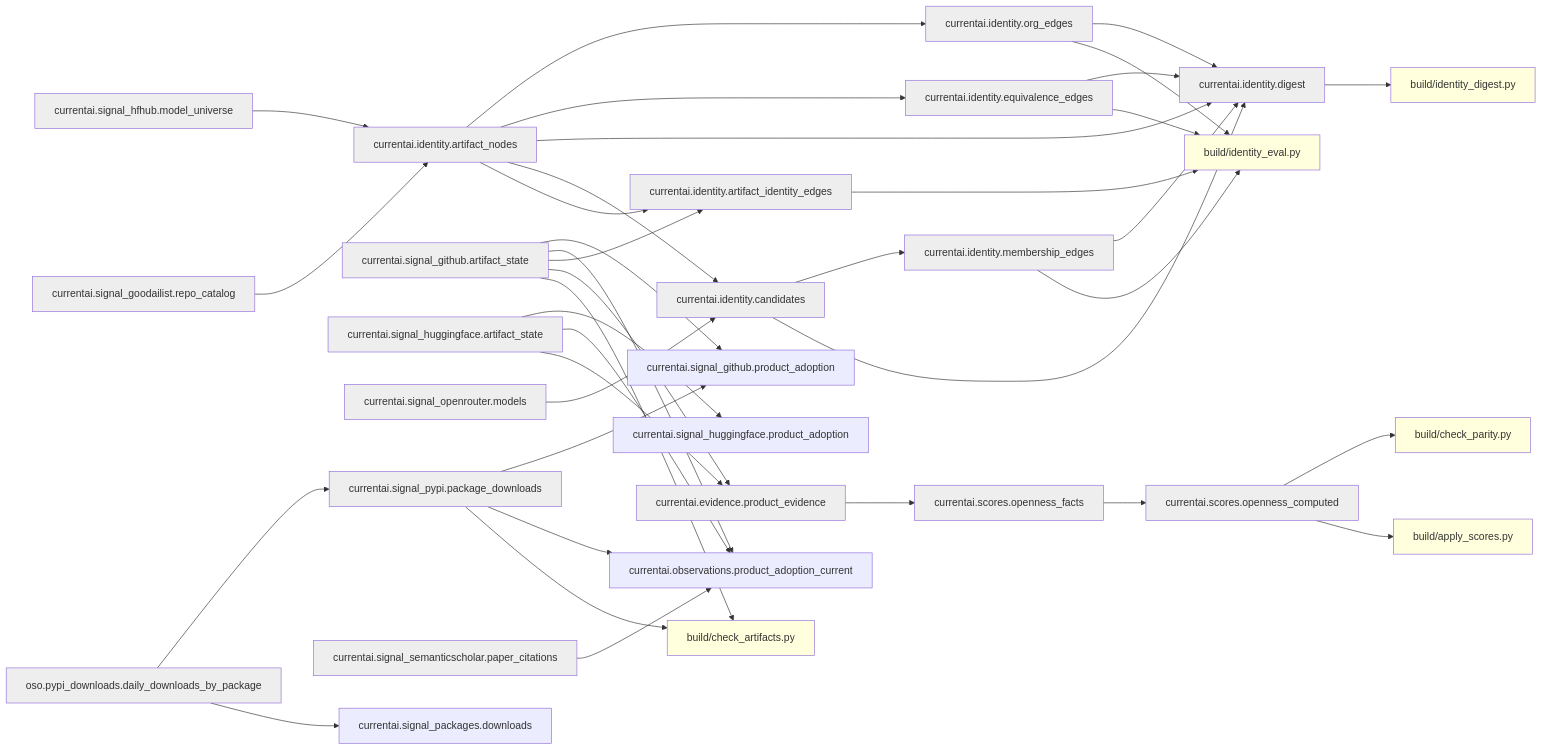
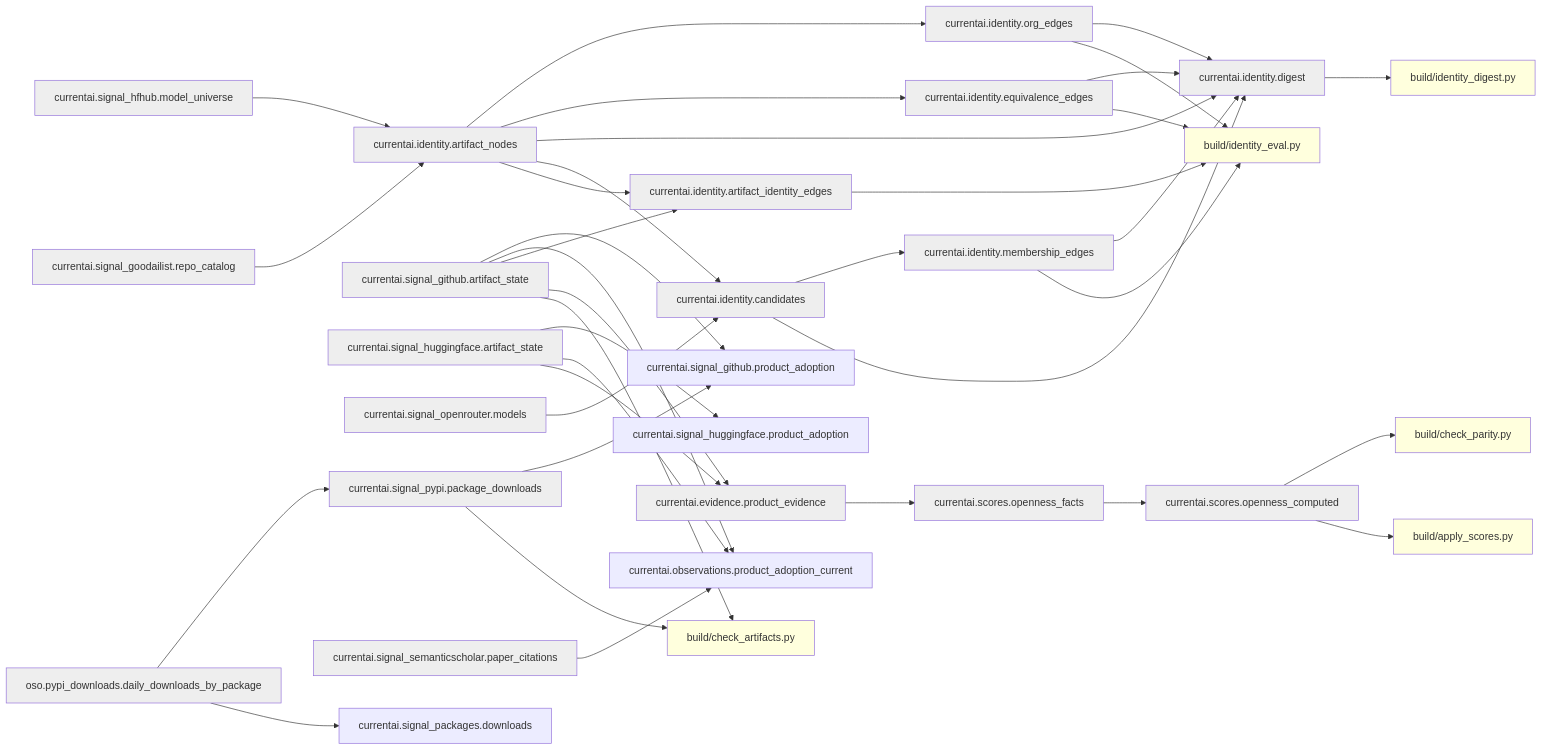
The second of 3 diagrams in docs/architecture/current-state-dag.md (currentai-org/os-ai-map), drawn with Mermaid before and after one commit. The commit also changed other lines of this file and 4 other files, not shown here.

````diff
--- a/docs/architecture/current-state-dag.md
+++ b/docs/architecture/current-state-dag.md
@@ -132,42 +133,41 @@
 ```mermaid
 graph LR
   currentai__evidence__product_evidence[currentai.evidence.product_evidence]:::dep --> currentai__scores__openness_facts[currentai.scores.openness_facts]:::dep
   currentai__identity__artifact_identity_edges[currentai.identity.artifact_identity_edges]:::dep --> build/identity_eval__py[build/identity_eval.py]:::audit
   currentai__identity__artifact_nodes[currentai.identity.artifact_nodes]:::dep --> currentai__identity__artifact_identity_edges[currentai.identity.artifact_identity_edges]:::dep
   currentai__identity__artifact_nodes[currentai.identity.artifact_nodes]:::dep --> currentai__identity__candidates[currentai.identity.candidates]:::dep
   currentai__identity__artifact_nodes[currentai.identity.artifact_nodes]:::dep --> currentai__identity__digest[currentai.identity.digest]:::dep
   currentai__identity__artifact_nodes[currentai.identity.artifact_nodes]:::dep --> currentai__identity__equivalence_edges[currentai.identity.equivalence_edges]:::dep
   currentai__identity__artifact_nodes[currentai.identity.artifact_nodes]:::dep --> currentai__identity__org_edges[currentai.identity.org_edges]:::dep
   currentai__identity__candidates[currentai.identity.candidates]:::dep --> currentai__identity__digest[currentai.identity.digest]:::dep
   currentai__identity__candidates[currentai.identity.candidates]:::dep --> currentai__identity__membership_edges[currentai.identity.membership_edges]:::dep
   currentai__identity__digest[currentai.identity.digest]:::dep --> build/identity_digest__py[build/identity_digest.py]:::audit
   currentai__identity__equivalence_edges[currentai.identity.equivalence_edges]:::dep --> build/identity_eval__py[build/identity_eval.py]:::audit
   currentai__identity__equivalence_edges[currentai.identity.equivalence_edges]:::dep --> currentai__identity__digest[currentai.identity.digest]:::dep
   currentai__identity__membership_edges[currentai.identity.membership_edges]:::dep --> build/identity_eval__py[build/identity_eval.py]:::audit
   currentai__identity__membership_edges[currentai.identity.membership_edges]:::dep --> currentai__identity__digest[currentai.identity.digest]:::dep
   currentai__identity__org_edges[currentai.identity.org_edges]:::dep --> build/identity_eval__py[build/identity_eval.py]:::audit
   currentai__identity__org_edges[currentai.identity.org_edges]:::dep --> currentai__identity__digest[currentai.identity.digest]:::dep
   currentai__scores__openness_computed[currentai.scores.openness_computed]:::dep --> build/apply_scores__py[build/apply_scores.py]:::audit
   currentai__scores__openness_computed[currentai.scores.openness_computed]:::dep --> build/check_parity__py[build/check_parity.py]:::audit
   currentai__scores__openness_facts[currentai.scores.openness_facts]:::dep --> currentai__scores__openness_computed[currentai.scores.openness_computed]:::dep
   currentai__signal_github__artifact_state[currentai.signal_github.artifact_state]:::dep --> build/check_artifacts__py[build/check_artifacts.py]:::audit
   currentai__signal_github__artifact_state[currentai.signal_github.artifact_state]:::dep --> currentai__evidence__product_evidence[currentai.evidence.product_evidence]:::dep
   currentai__signal_github__artifact_state[currentai.signal_github.artifact_state]:::dep --> currentai__identity__artifact_identity_edges[currentai.identity.artifact_identity_edges]:::dep
   currentai__signal_github__artifact_state[currentai.signal_github.artifact_state]:::dep --> currentai__observations__product_adoption_current[currentai.observations.product_adoption_current]
   currentai__signal_github__artifact_state[currentai.signal_github.artifact_state]:::dep --> currentai__signal_github__product_adoption[currentai.signal_github.product_adoption]
   currentai__signal_goodailist__repo_catalog[currentai.signal_goodailist.repo_catalog]:::dep --> currentai__identity__artifact_nodes[currentai.identity.artifact_nodes]:::dep
   currentai__signal_hfhub__model_universe[currentai.signal_hfhub.model_universe]:::dep --> currentai__identity__artifact_nodes[currentai.identity.artifact_nodes]:::dep
   currentai__signal_huggingface__artifact_state[currentai.signal_huggingface.artifact_state]:::dep --> currentai__evidence__product_evidence[currentai.evidence.product_evidence]:::dep
   currentai__signal_huggingface__artifact_state[currentai.signal_huggingface.artifact_state]:::dep --> currentai__observations__product_adoption_current[currentai.observations.product_adoption_current]
   currentai__signal_huggingface__artifact_state[currentai.signal_huggingface.artifact_state]:::dep --> currentai__signal_huggingface__product_adoption[currentai.signal_huggingface.product_adoption]
   currentai__signal_openrouter__models[currentai.signal_openrouter.models]:::dep --> currentai__identity__candidates[currentai.identity.candidates]:::dep
   currentai__signal_pypi__package_downloads[currentai.signal_pypi.package_downloads]:::dep --> build/check_artifacts__py[build/check_artifacts.py]:::audit
-  currentai__signal_pypi__package_downloads[currentai.signal_pypi.package_downloads]:::dep --> currentai__observations__product_adoption_current[currentai.observations.product_adoption_current]
   currentai__signal_pypi__package_downloads[currentai.signal_pypi.package_downloads]:::dep --> currentai__signal_github__product_adoption[currentai.signal_github.product_adoption]
   currentai__signal_semanticscholar__paper_citations[currentai.signal_semanticscholar.paper_citations]:::dep --> currentai__observations__product_adoption_current[currentai.observations.product_adoption_current]
   oso__pypi_downloads__daily_downloads_by_package[oso.pypi_downloads.daily_downloads_by_package]:::dep --> currentai__signal_packages__downloads[currentai.signal_packages.downloads]
   oso__pypi_downloads__daily_downloads_by_package[oso.pypi_downloads.daily_downloads_by_package]:::dep --> currentai__signal_pypi__package_downloads[currentai.signal_pypi.package_downloads]:::dep
   classDef dep fill:#eee;
   classDef audit fill:#ffd;
   classDef src fill:#def;
 ```
````
